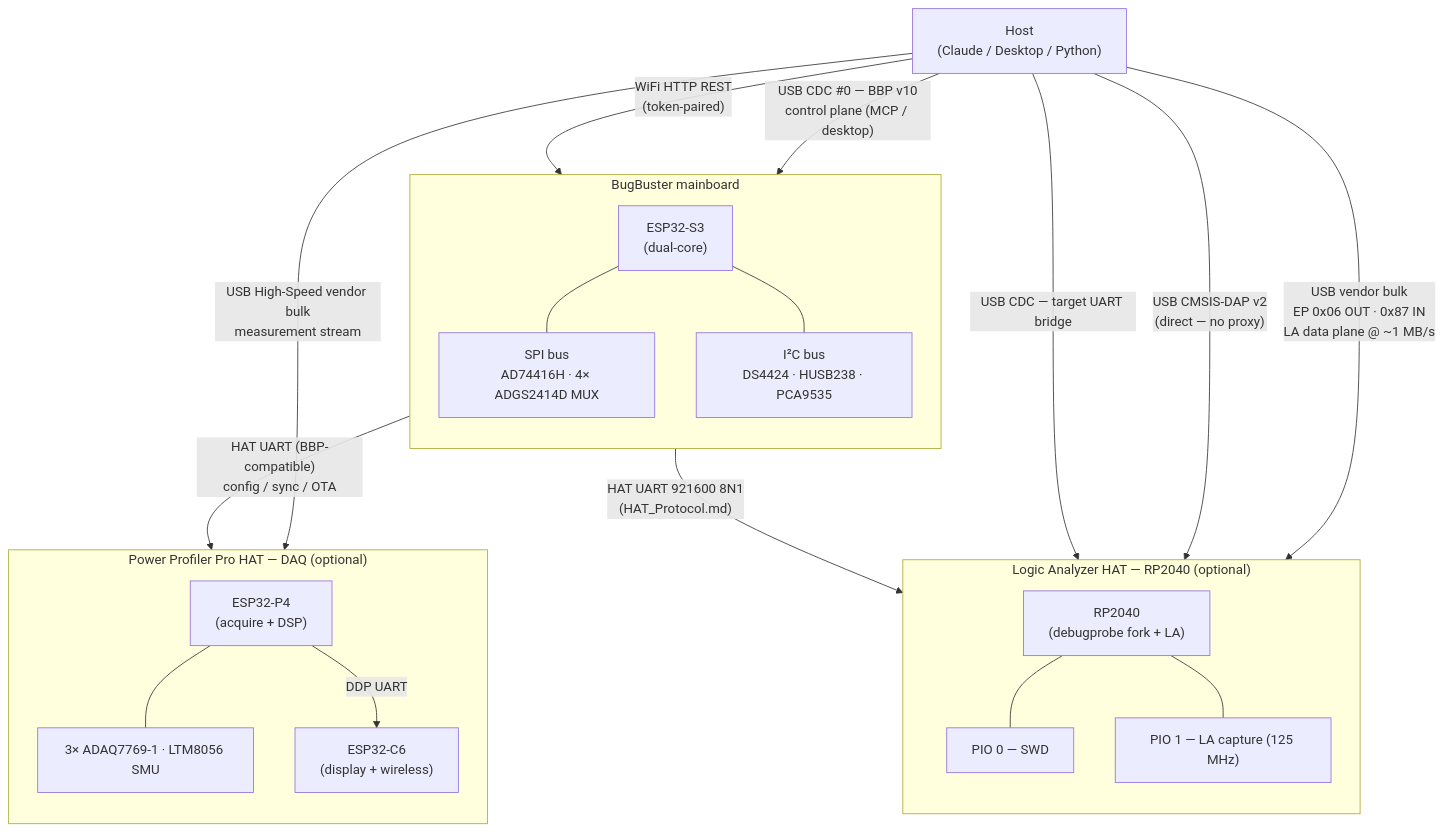
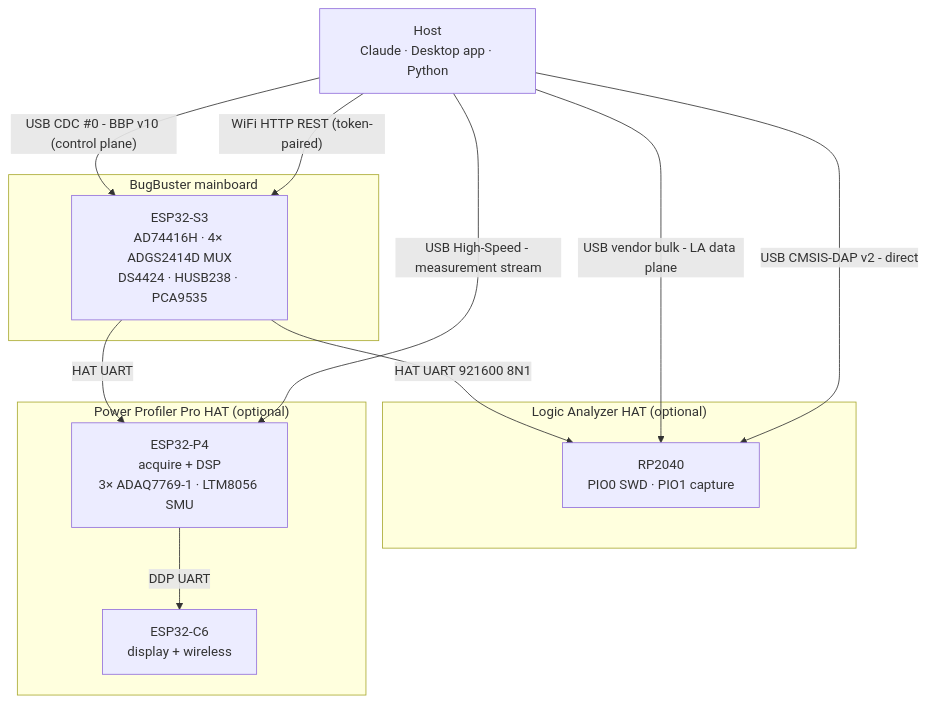
Before and after one commit to lollokara/BugBuster: the diagram in README.md, drawn with Mermaid. The commit also changed other lines of this file and 61 other files, not shown here.

````diff
--- a/README.md
+++ b/README.md
@@ -205,42 +215,27 @@
 ```mermaid
 flowchart TB
-  HOST["Host<br/>(Claude / Desktop / Python)"]
+  HOST["Host<br/>Claude · Desktop app · Python"]
 
   subgraph BB["BugBuster mainboard"]
-    direction TB
-    ESP32["ESP32-S3<br/>(dual-core)"]
-    SPI["SPI bus<br/>AD74416H · 4× ADGS2414D MUX"]
-    I2C["I²C bus<br/>DS4424 · HUSB238 · PCA9535"]
-    ESP32 --- SPI
-    ESP32 --- I2C
+    ESP32["ESP32-S3<br/>AD74416H · 4× ADGS2414D MUX<br/>DS4424 · HUSB238 · PCA9535"]
   end
 
-  subgraph LA["Logic Analyzer HAT — RP2040 (optional)"]
-    direction TB
-    RP["RP2040<br/>(debugprobe fork + LA)"]
-    PIO0["PIO 0 — SWD"]
-    PIO1["PIO 1 — LA capture (125 MHz)"]
-    RP --- PIO0
-    RP --- PIO1
+  subgraph LA["Logic Analyzer HAT (optional)"]
+    RP["RP2040<br/>PIO0 SWD · PIO1 capture"]
   end
 
-  subgraph DAQ["Power Profiler Pro HAT — DAQ (optional)"]
-    direction TB
-    P4["ESP32-P4<br/>(acquire + DSP)"]
-    C6["ESP32-C6<br/>(display + wireless)"]
-    AFE["3× ADAQ7769-1 · LTM8056 SMU"]
-    P4 --- AFE
+  subgraph DAQ["Power Profiler Pro HAT (optional)"]
+    P4["ESP32-P4<br/>acquire + DSP<br/>3× ADAQ7769-1 · LTM8056 SMU"]
+    C6["ESP32-C6<br/>display + wireless"]
     P4 -->|DDP UART| C6
   end
 
-  HOST -->|"USB CDC #0 — BBP v10<br/>control plane (MCP / desktop)"| ESP32
-  HOST -->|"WiFi HTTP REST<br/>(token-paired)"| ESP32
-  ESP32 -->|"HAT UART 921600 8N1<br/>(HAT_Protocol.md)"| RP
-  ESP32 -->|"HAT UART (BBP-compatible)<br/>config / sync / OTA"| P4
+  HOST -->|"USB CDC #0 - BBP v10 (control plane)"| ESP32
+  HOST -->|"WiFi HTTP REST (token-paired)"| ESP32
+  ESP32 -->|"HAT UART 921600 8N1"| RP
+  ESP32 -->|"HAT UART"| P4
 
-  HOST -->|"USB vendor bulk<br/>EP 0x06 OUT · 0x87 IN<br/>LA data plane @ ~1 MB/s"| RP
-  HOST -->|"USB CMSIS-DAP v2<br/>(direct — no proxy)"| RP
-  HOST -->|"USB CDC — target UART bridge"| RP
-
-  HOST -->|"USB High-Speed vendor bulk<br/>measurement stream"| P4
+  HOST -->|"USB vendor bulk - LA data plane"| RP
+  HOST -->|"USB CMSIS-DAP v2 - direct"| RP
+  HOST -->|"USB High-Speed - measurement stream"| P4
 ```
````
